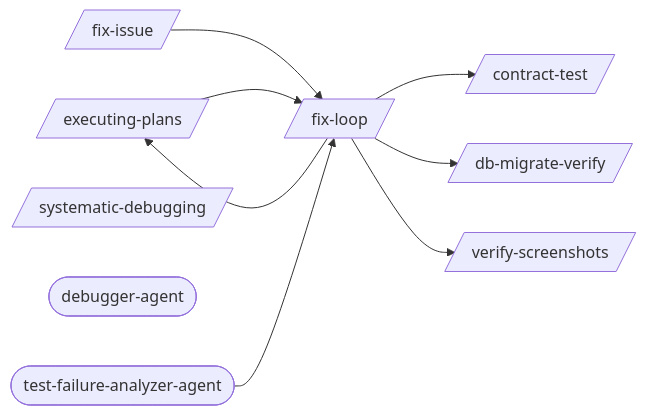
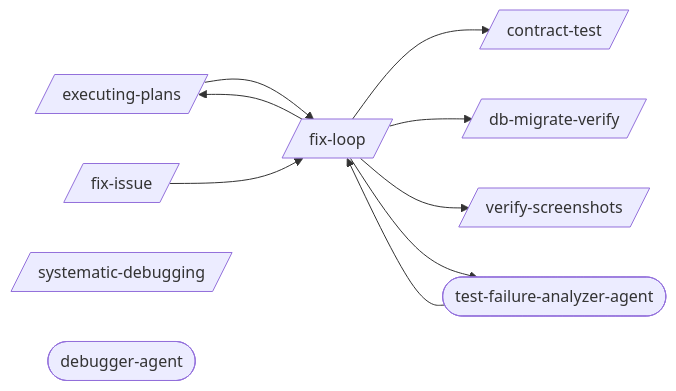
The first of 2 diagrams in docs/workflows/debugging-loop.md (abhayla/claude-best-practices), drawn with Mermaid before and after one commit. The commit also changed other lines of this file and 10 other files, not shown here.

````diff
--- a/docs/workflows/debugging-loop.md
+++ b/docs/workflows/debugging-loop.md
@@ -9,19 +9,20 @@
 ```mermaid
 graph LR
     contract_test[/contract-test/]
     db_migrate_verify[/db-migrate-verify/]
     executing_plans[/executing-plans/]
     fix_issue[/fix-issue/]
     fix_loop[/fix-loop/]
     systematic_debugging[/systematic-debugging/]
     verify_screenshots[/verify-screenshots/]
     debugger_agent([debugger-agent])
     test_failure_analyzer_agent([test-failure-analyzer-agent])
     executing_plans --> fix_loop
     fix_issue --> fix_loop
     fix_loop --> contract_test
     fix_loop --> db_migrate_verify
     fix_loop --> executing_plans
     fix_loop --> verify_screenshots
+    fix_loop --> test_failure_analyzer_agent
     test_failure_analyzer_agent --> fix_loop
 ```
````
